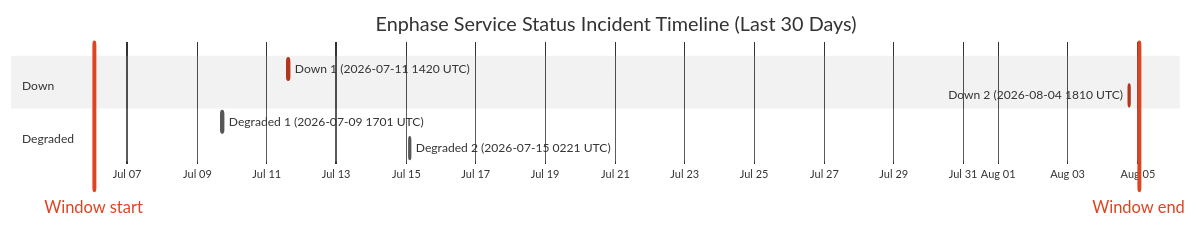
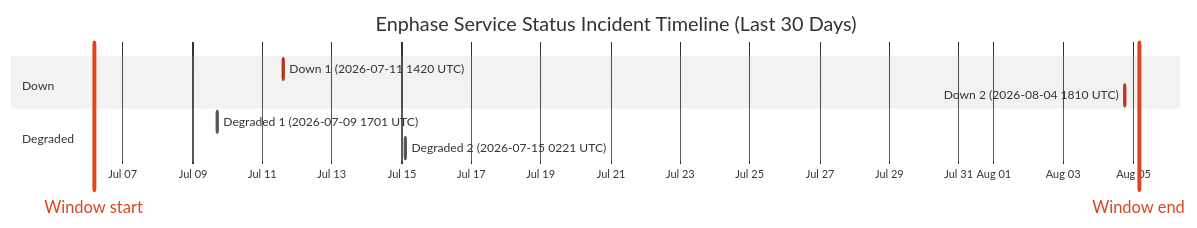
One commit to barneyonline/ha-enphase-energy changed the diagram in wiki/Service-Status-History.md. Above: the diagram before and after it, drawn with Mermaid (neutral theme). The commit also changed other lines of this file and 3 other files, not shown here.

````diff
--- a/wiki/Service-Status-History.md
+++ b/wiki/Service-Status-History.md
@@ -14,14 +14,14 @@
 ```mermaid
 gantt
     title Enphase Service Status Incident Timeline (Last 30 Days)
     dateFormat  YYYY-MM-DDTHH:mm:ss
     axisFormat  %b %d
-    Window start :vert, window-start, 2026-07-06T00:53:38, 0ms
-    Window end :vert, window-end, 2026-08-05T00:53:38, 0ms
+    Window start :vert, window-start, 2026-07-06T04:06:38, 0ms
+    Window end :vert, window-end, 2026-08-05T04:06:38, 0ms
     section Down
     Down 1 (2026-07-11 1420 UTC) :crit, down-1, 2026-07-11T14:20:54, 69m
     Down 2 (2026-08-04 1810 UTC) :crit, down-2, 2026-08-04T18:10:46, 60m
     section Degraded
     Degraded 1 (2026-07-09 1701 UTC) :active, degraded-1, 2026-07-09T17:01:02, 60m
     Degraded 2 (2026-07-15 0221 UTC) :active, degraded-2, 2026-07-15T02:21:35, 60m
 ```
````
